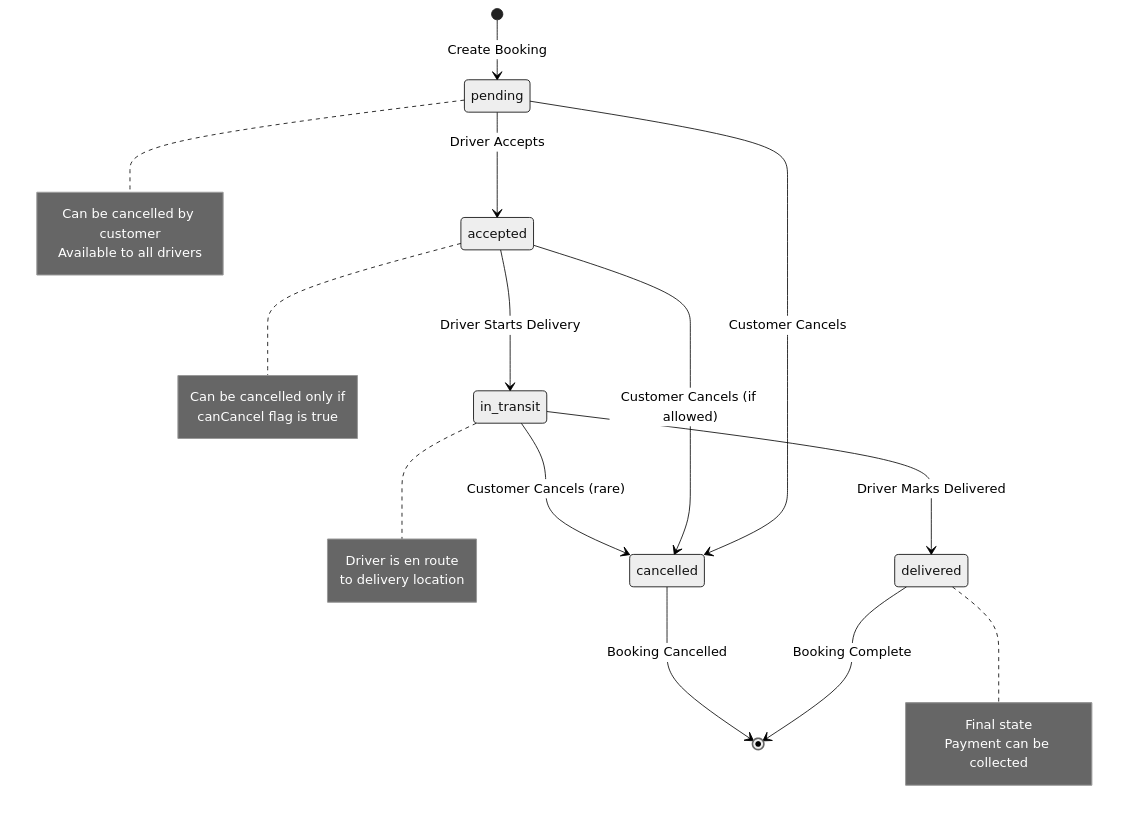
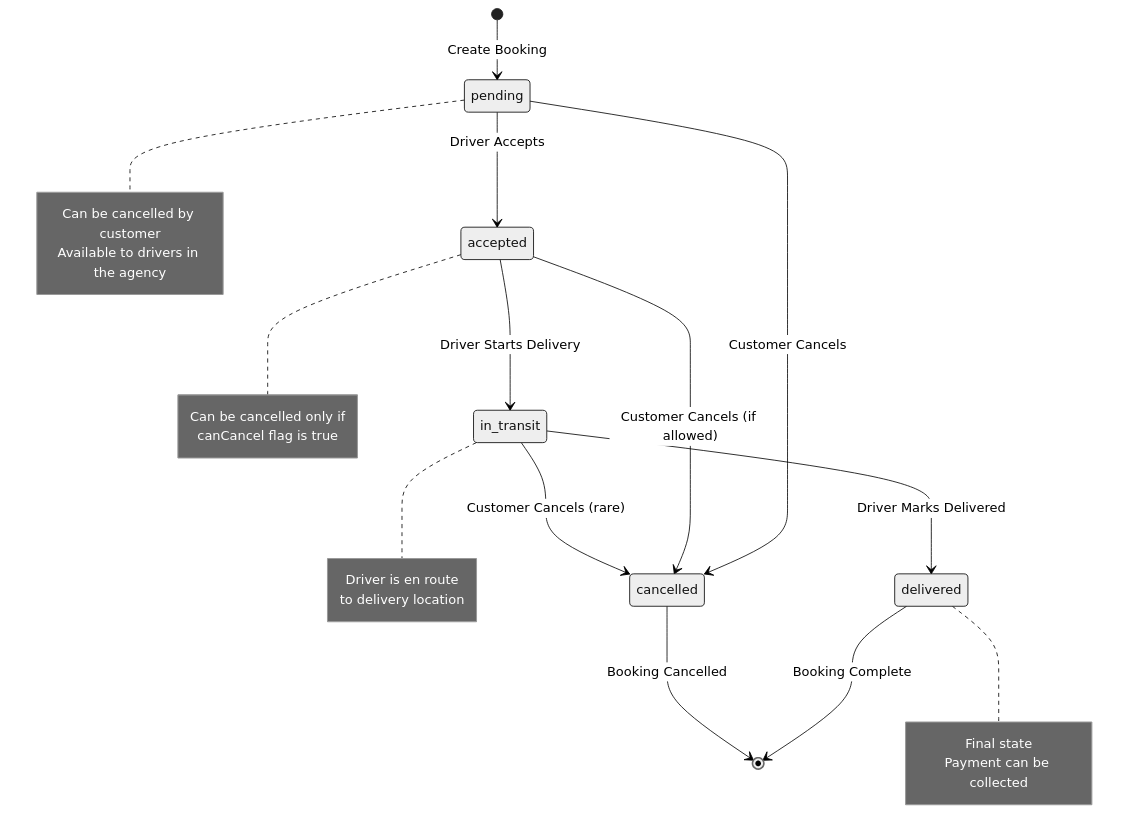
Before and after one commit to ShubhamRRana/WaterTankerAppv1: the fourth of 5 diagrams in README.md, drawn with Mermaid (neutral theme). The commit also changed other lines of this file and 1 other file, not shown here.

````diff
--- a/README.md
+++ b/README.md
@@ -371,36 +428,36 @@
 ```mermaid
 stateDiagram-v2
     [*] --> pending: Create Booking
     
     pending --> accepted: Driver Accepts
     pending --> cancelled: Customer Cancels
     
     accepted --> in_transit: Driver Starts Delivery
     accepted --> cancelled: Customer Cancels (if allowed)
     
     in_transit --> delivered: Driver Marks Delivered
     in_transit --> cancelled: Customer Cancels (rare)
     
     delivered --> [*]: Booking Complete
     cancelled --> [*]: Booking Cancelled
     
     note right of pending
         Can be cancelled by customer
-        Available to all drivers
+        Available to drivers in the agency
     end note
     
     note right of accepted
         Can be cancelled only if
         canCancel flag is true
     end note
     
     note right of in_transit
         Driver is en route
         to delivery location
     end note
     
     note right of delivered
         Final state
         Payment can be collected
     end note
 ```
````
